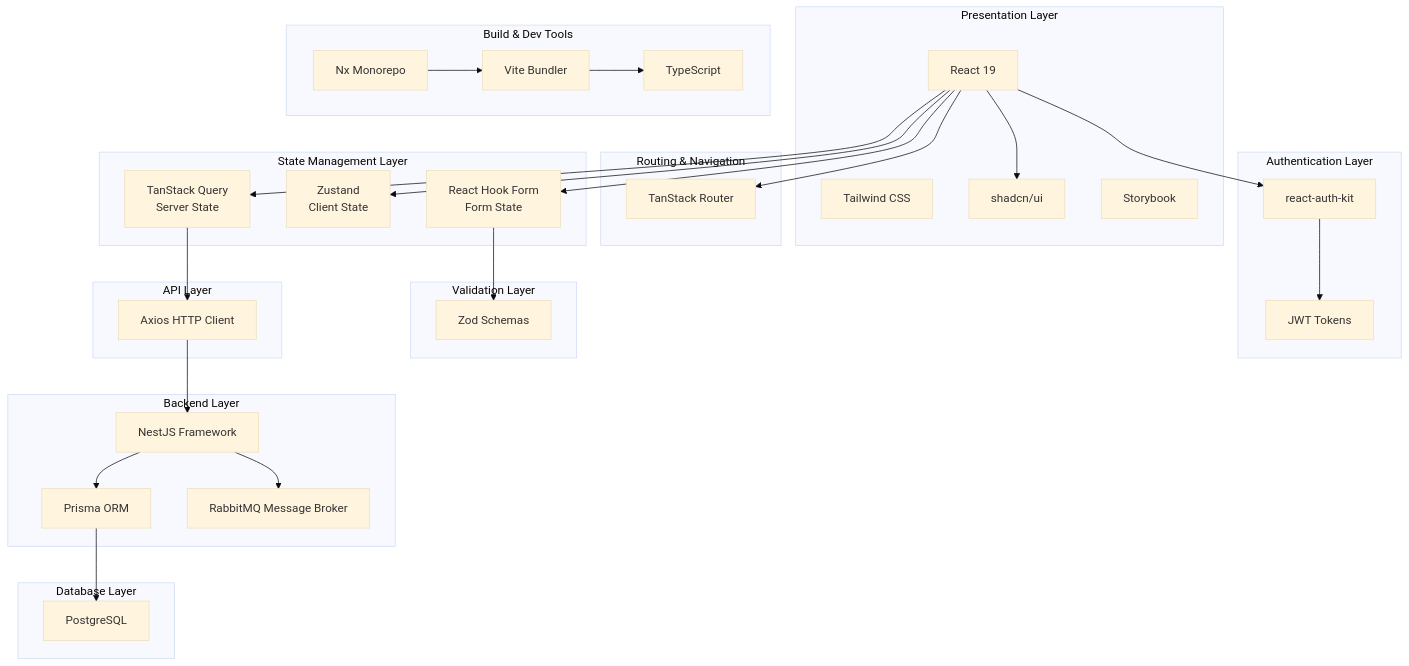
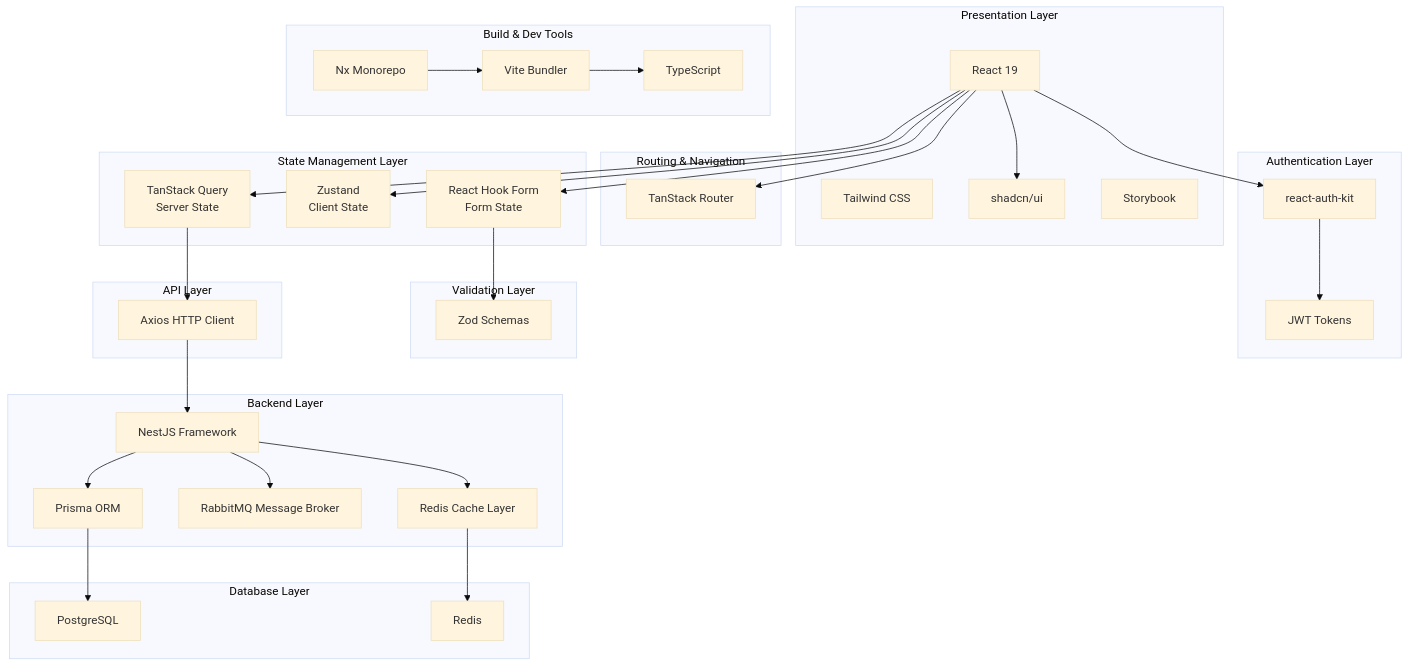
One commit to Miri121/my-mall changed diagram 11 of 11 in plans/ARCHITECTURE_DIAGRAM.md. Above: the diagram before and after it, drawn with Mermaid (base theme). The commit also changed other lines of this file and 4 other files, not shown here.

````diff
--- a/plans/ARCHITECTURE_DIAGRAM.md
+++ b/plans/ARCHITECTURE_DIAGRAM.md
@@ -644,67 +667,71 @@
 ```mermaid
 graph TB
     subgraph "Presentation Layer"
         React[React 19]
         TailwindCSS[Tailwind CSS]
         ShadcnUI[shadcn/ui]
         Storybook[Storybook]
     end
 
     subgraph "State Management Layer"
         TanStackQuery[TanStack Query<br/>Server State]
         Zustand[Zustand<br/>Client State]
         ReactHookForm[React Hook Form<br/>Form State]
     end
 
     subgraph "Routing & Navigation"
         TanStackRouter[TanStack Router]
     end
 
     subgraph "Authentication Layer"
         ReactAuthKit[react-auth-kit]
         JWT[JWT Tokens]
     end
 
     subgraph "Validation Layer"
         Zod[Zod Schemas]
     end
 
     subgraph "API Layer"
         Axios[Axios HTTP Client]
     end
 
     subgraph "Backend Layer"
         NestJS[NestJS Framework]
         Prisma[Prisma ORM]
         RabbitMQ[RabbitMQ Message Broker]
+        RedisLib[Redis Cache Layer]
     end
 
     subgraph "Database Layer"
         PostgreSQL[PostgreSQL]
+        RedisDB[Redis]
     end
 
     subgraph "Build & Dev Tools"
         Nx[Nx Monorepo]
         Vite[Vite Bundler]
         TypeScript[TypeScript]
     end
 
     React --> TanStackQuery
     React --> Zustand
     React --> ReactHookForm
     React --> TanStackRouter
     React --> ReactAuthKit
     React --> ShadcnUI
 
     ReactHookForm --> Zod
     TanStackQuery --> Axios
     ReactAuthKit --> JWT
 
     Axios --> NestJS
     NestJS --> Prisma
     NestJS --> RabbitMQ
+    NestJS --> RedisLib
     Prisma --> PostgreSQL
+    RedisLib --> RedisDB
 
     Nx --> Vite
     Vite --> TypeScript
 ```
````
